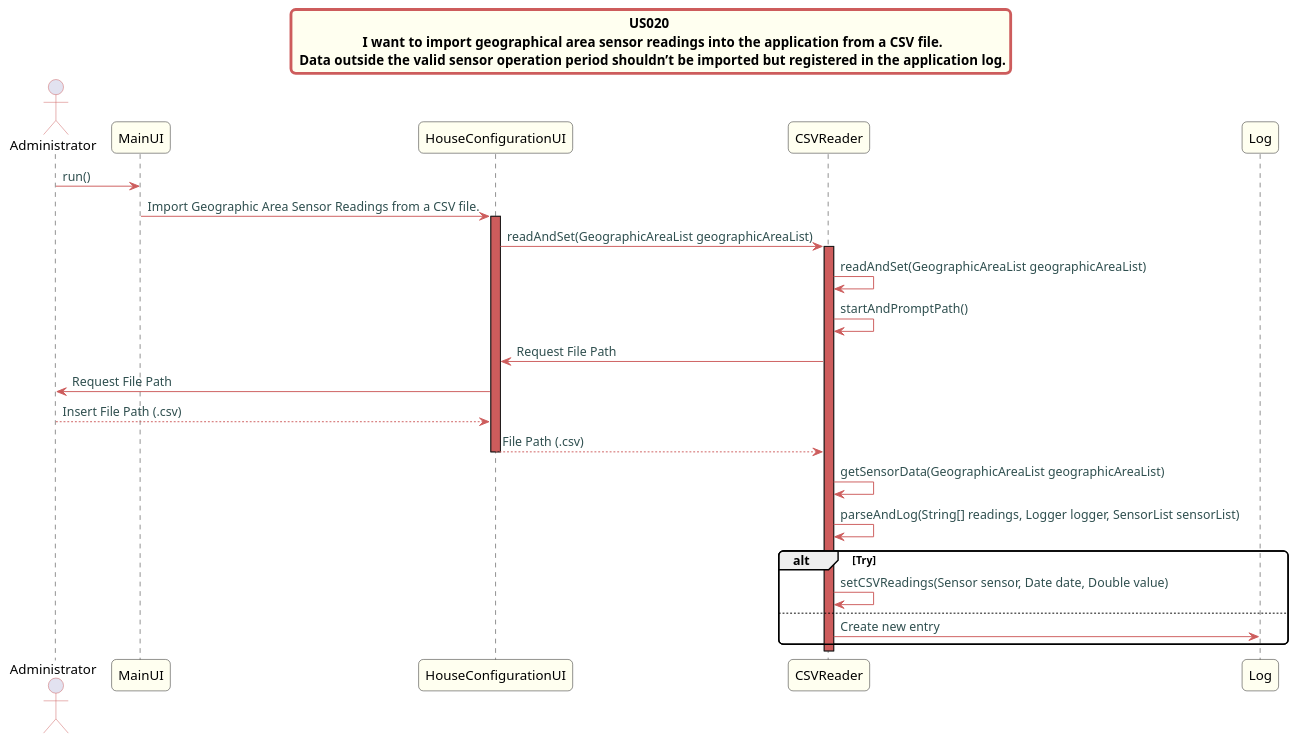
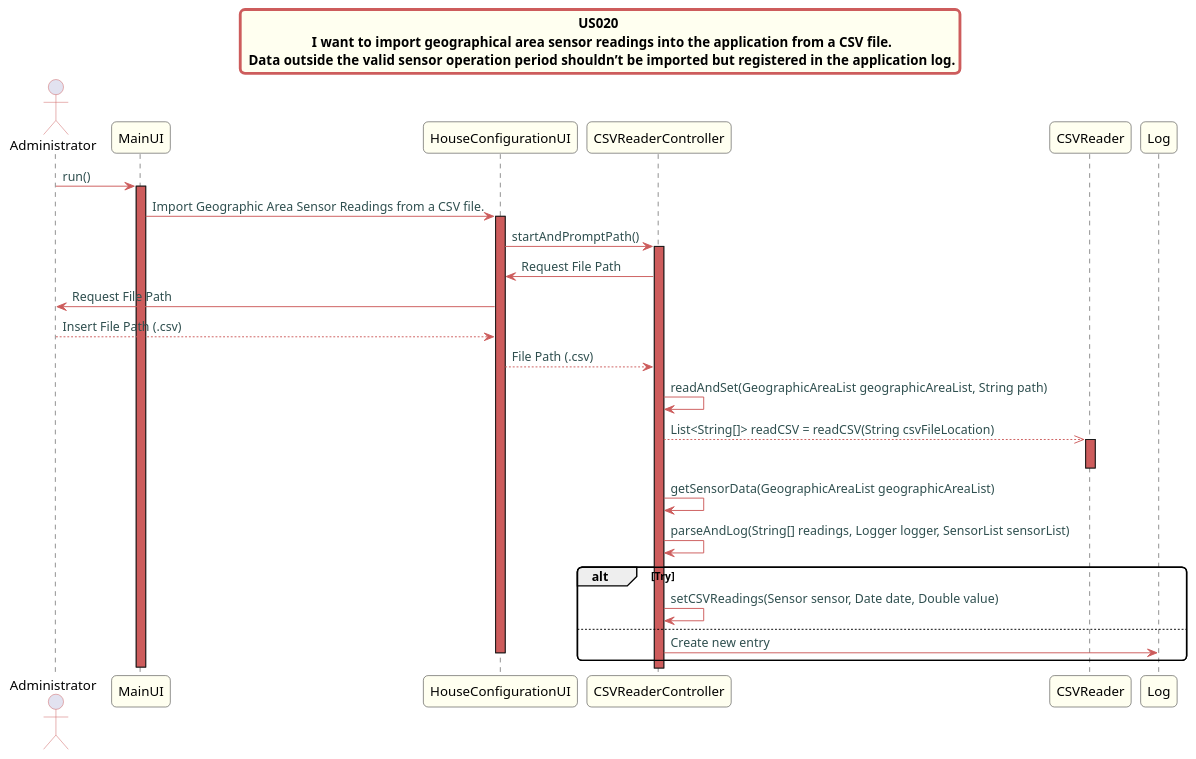
Before and after one commit to Almadanmp/project: the diagram in src/doc/Controllers/HouseConfiguration/US20/US020_sd_HouseConfiguration.puml, drawn with PlantUML. The commit also changed 6 other files, not shown here.

Commit message:
Ref #160 Updates all US UML Diagrams for new Controller Class

```diff
--- a/src/doc/Controllers/HouseConfiguration/US20/US020_sd_HouseConfiguration.puml
+++ b/src/doc/Controllers/HouseConfiguration/US20/US020_sd_HouseConfiguration.puml
@@ -1,55 +1,61 @@
 @startuml
 
 skinparam titleBorderRoundCorner 10
 skinparam titleBorderThickness 3
 skinparam titleBorderColor indianred
 skinparam titleBackgroundColor ivory
 skinparam FontName quicksand
 
 skinparam actor {
   BorderColor indianred
   }
 
 skinparam sequence {
   LifeLineBackgroundColor indianred
   ParticipantBackgroundColor ivory
 }
 
 skinparam roundcorner 10
 
 skinparam component {
   arrowThickness 1
   ArrowFontName Verdana
   ArrowColor indianred
   ArrowFontColor darkslategrey
 }
 
 title US020 \n  I want to import geographical area sensor readings into the application from a CSV file. \n Data outside the valid sensor operation period shouldn’t be imported but registered in the application log.
 
 
 actor Administrator
 Administrator -> MainUI:run()
-
+activate MainUI
 MainUI -> HouseConfigurationUI: Import Geographic Area Sensor Readings from a CSV file.
 activate HouseConfigurationUI
-HouseConfigurationUI -> CSVReader: readAndSet(GeographicAreaList geographicAreaList)
-activate CSVReader
-CSVReader -> CSVReader: readAndSet(GeographicAreaList geographicAreaList)
-CSVReader -> CSVReader: startAndPromptPath()
-CSVReader -> HouseConfigurationUI: Request File Path
+HouseConfigurationUI -> CSVReaderController: startAndPromptPath()
+activate CSVReaderController
+CSVReaderController -> HouseConfigurationUI: Request File Path
 HouseConfigurationUI -> Administrator: Request File Path
 Administrator --> HouseConfigurationUI: Insert File Path (.csv)
-HouseConfigurationUI --> CSVReader: File Path (.csv)
+HouseConfigurationUI --> CSVReaderController: File Path (.csv)
+CSVReaderController -> CSVReaderController: readAndSet(GeographicAreaList geographicAreaList, String path)
+CSVReaderController -->> CSVReader: List<String[]> readCSV = readCSV(String csvFileLocation)
+activate CSVReader
+deactivate CSVReader
+CSVReaderController -> CSVReaderController: getSensorData(GeographicAreaList geographicAreaList)
+CSVReaderController -> CSVReaderController: parseAndLog(String[] readings, Logger logger, SensorList sensorList)
+
+alt Try
+CSVReaderController -> CSVReaderController: setCSVReadings(Sensor sensor, Date date, Double value)
+else
+CSVReaderController -> Log: Create new entry
+
+
 deactivate HouseConfigurationUI
 
 
-CSVReader -> CSVReader: getSensorData(GeographicAreaList geographicAreaList)
-CSVReader -> CSVReader: parseAndLog(String[] readings, Logger logger, SensorList sensorList)
-alt Try
-CSVReader -> CSVReader: setCSVReadings(Sensor sensor, Date date, Double value)
-else
-CSVReader -> Log: Create new entry
-
 end
 deactivate CSVReader
+deactivate MainUI
+deactivate HouseConfigurationUI
 @enduml
```
